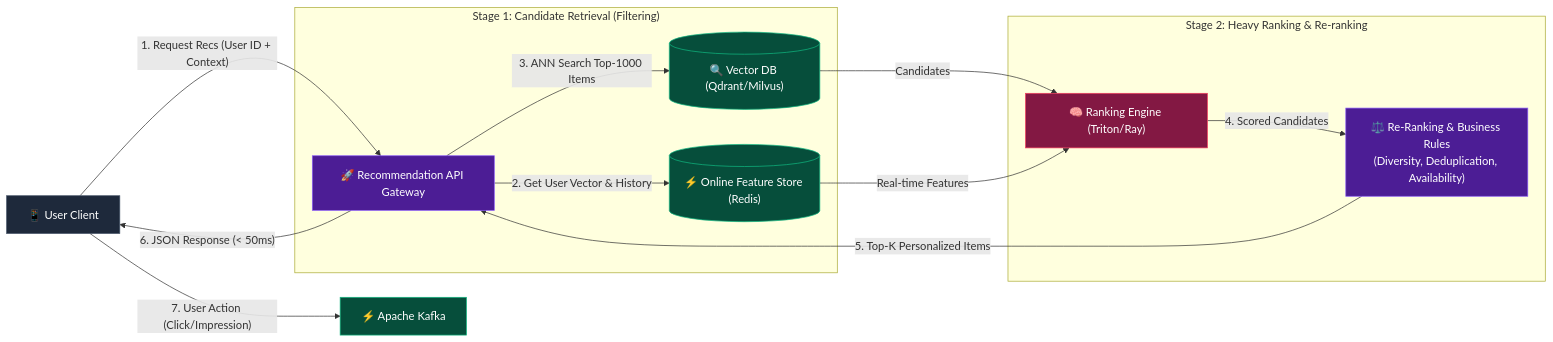
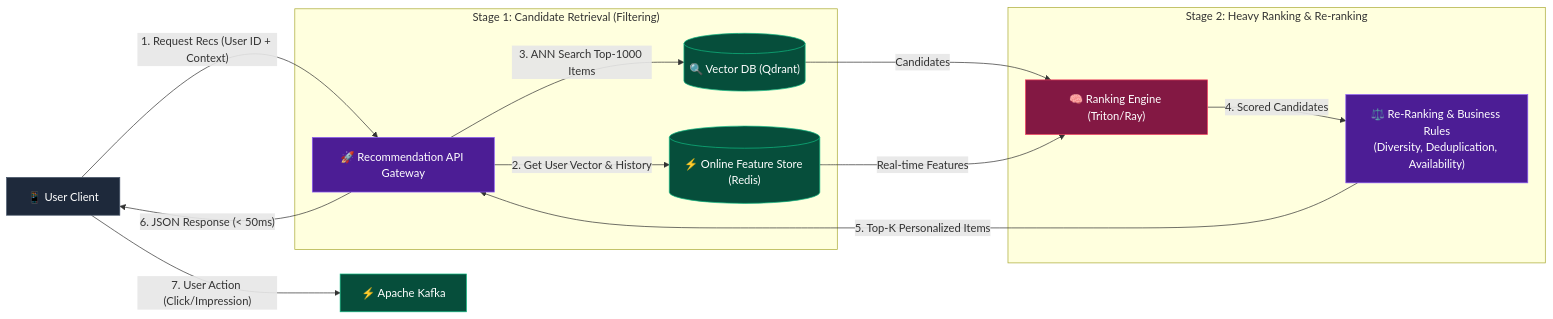
The third of 4 diagrams in archi.md (Haidendoo/ValoStream), drawn with Mermaid before and after one commit. The commit also changed other lines of this file and 15 other files, not shown here.

````diff
--- a/archi.md
+++ b/archi.md
@@ -325,24 +392,24 @@
 ```mermaid
 flowchart LR
     classDef client fill:#1e293b,stroke:#475569,color:#fff;
     classDef recsys fill:#4c1d95,stroke:#8b5cf6,color:#fff;
     classDef store fill:#064e3b,stroke:#10b981,color:#fff;
     classDef model fill:#831843,stroke:#f43f5e,color:#fff;
 
     U["📱 User Client"]:::client -->|"1. Request Recs (User ID + Context)"| API["🚀 Recommendation API Gateway"]:::recsys
     
     subgraph STAGE1["Stage 1: Candidate Retrieval (Filtering)"]
         API -->|"2. Get User Vector & History"| REDIS[("⚡ Online Feature Store (Redis)")]:::store
-        API -->|"3. ANN Search Top-1000 Items"| VEC[("🔍 Vector DB (Qdrant/Milvus)")]:::store
+        API -->|"3. ANN Search Top-1000 Items"| VEC[("🔍 Vector DB (Qdrant)")]:::store
     end
 
     subgraph STAGE2["Stage 2: Heavy Ranking & Re-ranking"]
         VEC -->|"Candidates"| RANK["🧠 Ranking Engine (Triton/Ray)"]:::model
         REDIS -->|"Real-time Features"| RANK
         RANK -->|"4. Scored Candidates"| RERANK["⚖️ Re-Ranking & Business Rules<br/>(Diversity, Deduplication, Availability)"]:::recsys
     end
 
     RERANK -->|"5. Top-K Personalized Items"| API
     API -->|"6. JSON Response (< 50ms)"| U
     U -->|"7. User Action (Click/Impression)"| KAFKA["⚡ Apache Kafka"]:::store
 ```
````
